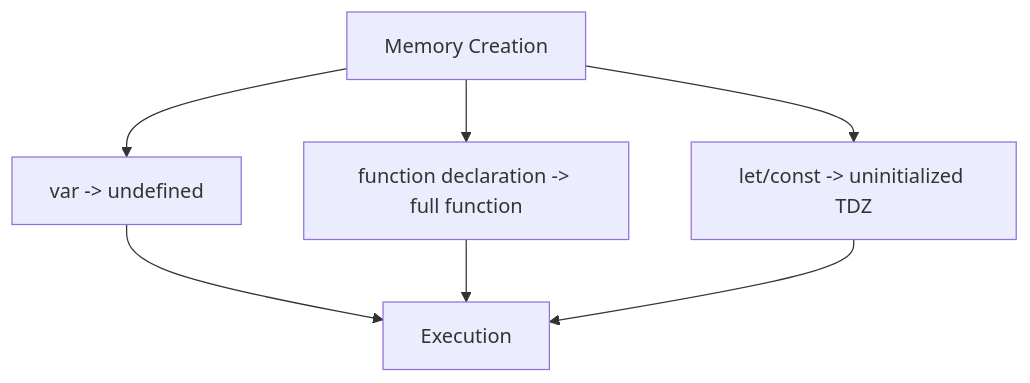
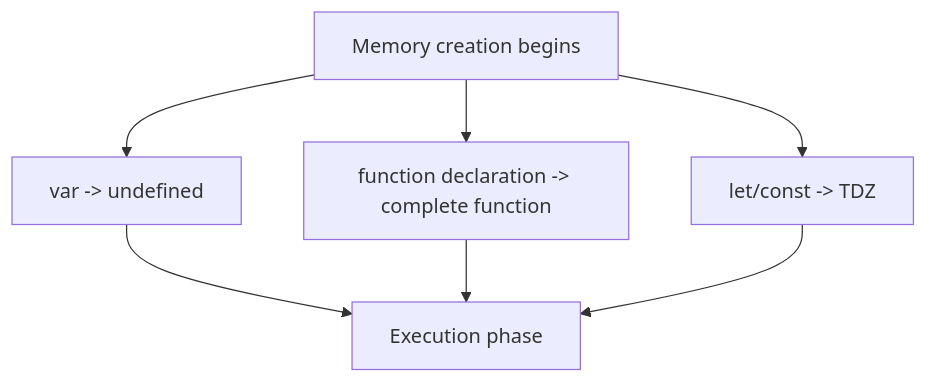
Before and after one commit to AbhishekDhone7/javascript-git-basics: the seventh of 14 diagrams in JavaScript-Beginners-Guide.md, drawn with Mermaid. The commit also changed other lines of this file and 1 other file, not shown here.

````diff
--- a/JavaScript-Beginners-Guide.md
+++ b/JavaScript-Beginners-Guide.md
@@ -533,9 +537,9 @@
 ```mermaid
 flowchart TD
-A[Memory Creation] --> B[var -> undefined]
-A --> C[function declaration -> full function]
-A --> D[let/const -> uninitialized TDZ]
-B --> E[Execution]
+A[Memory creation begins] --> B[var -> undefined]
+A --> C[function declaration -> complete function]
+A --> D[let/const -> TDZ]
+B --> E[Execution phase]
 C --> E
 D --> E
 ```
````
